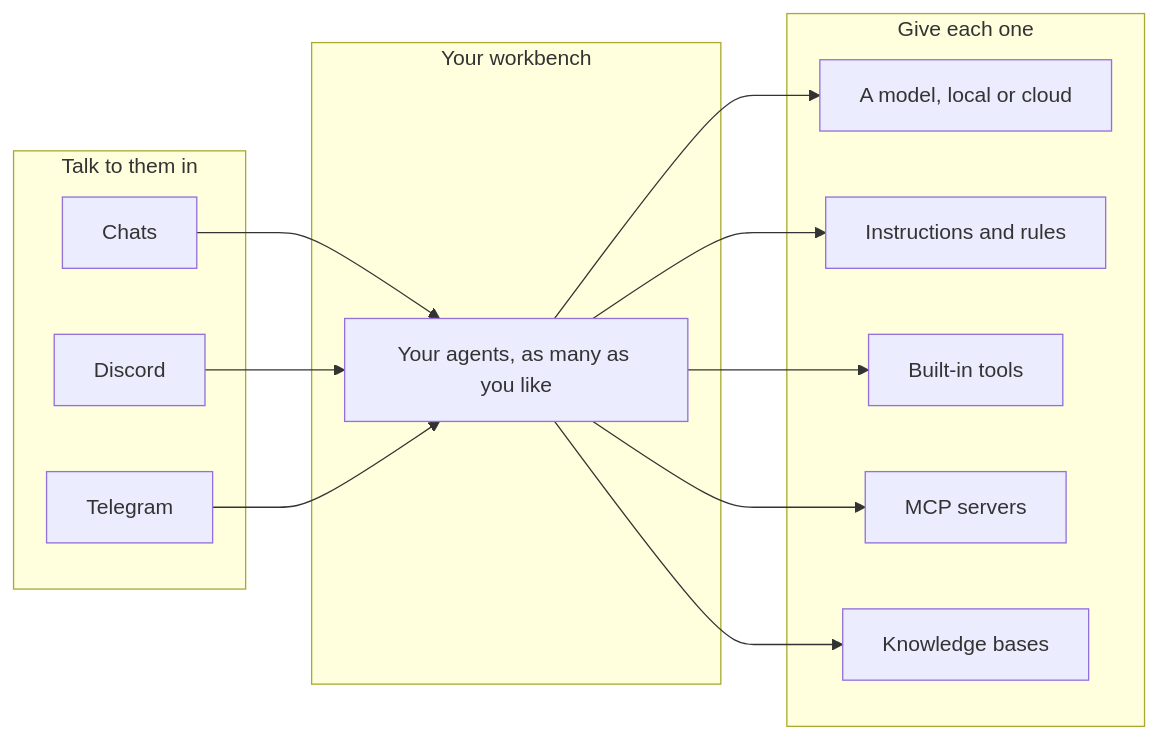
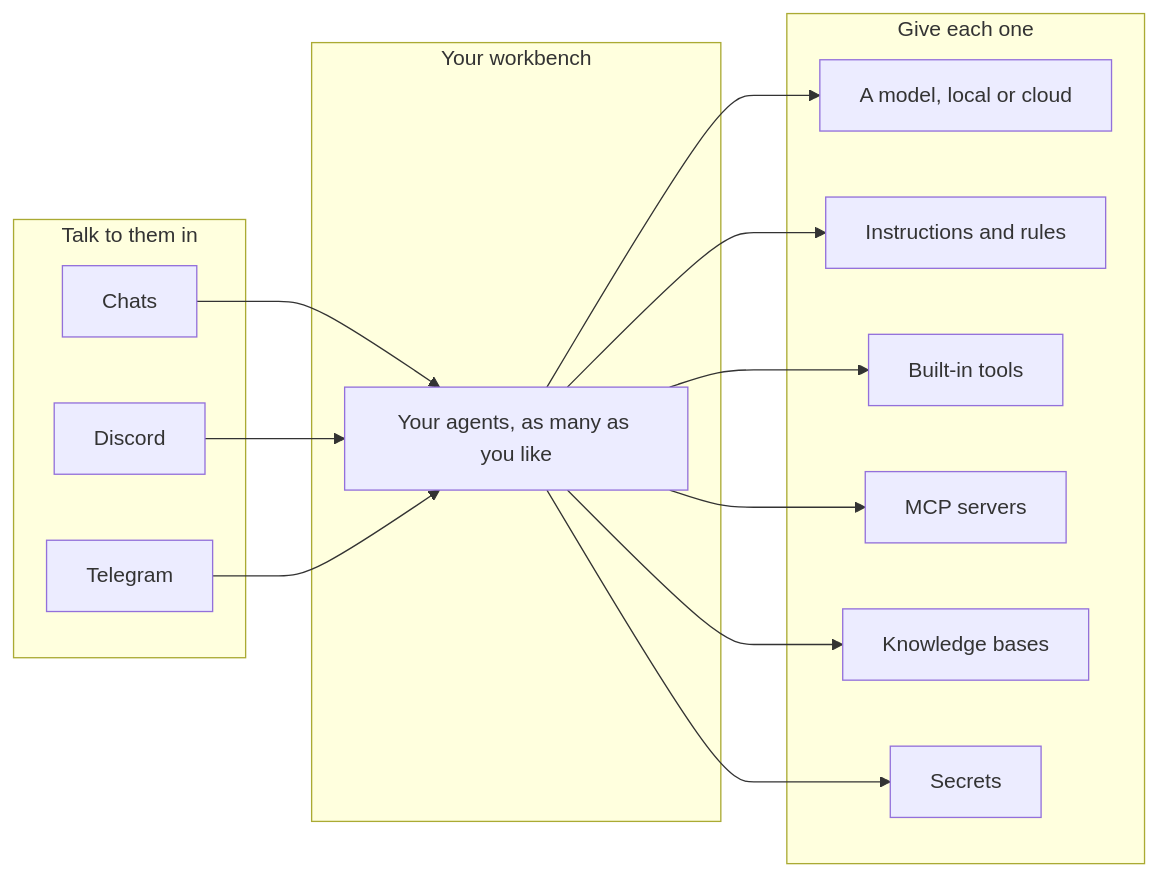
One commit to msieurthenardier/the-one changed the diagram in README.md. Above: the diagram before and after it, drawn with Mermaid. The commit also changed other lines of this file and 19 other files, not shown here.

````diff
--- a/README.md
+++ b/README.md
@@ -19,26 +19,28 @@
 ```mermaid
 flowchart LR
     subgraph talk["Talk to them in"]
         chats["Chats"]
         discord["Discord"]
         telegram["Telegram"]
     end
     subgraph bench["Your workbench"]
         agents["Your agents, as many as you like"]
     end
     subgraph kit["Give each one"]
         model["A model, local or cloud"]
         rules["Instructions and rules"]
         tools["Built-in tools"]
         mcp["MCP servers"]
         kb["Knowledge bases"]
+        secrets["Secrets"]
     end
     chats --> agents
     discord --> agents
     telegram --> agents
     agents --> model
     agents --> rules
     agents --> tools
     agents --> mcp
     agents --> kb
+    agents --> secrets
 ```
````
